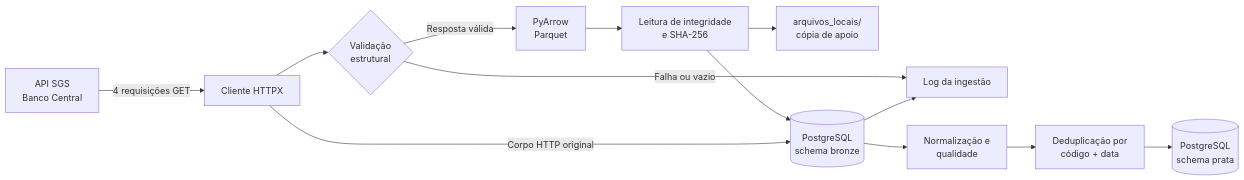
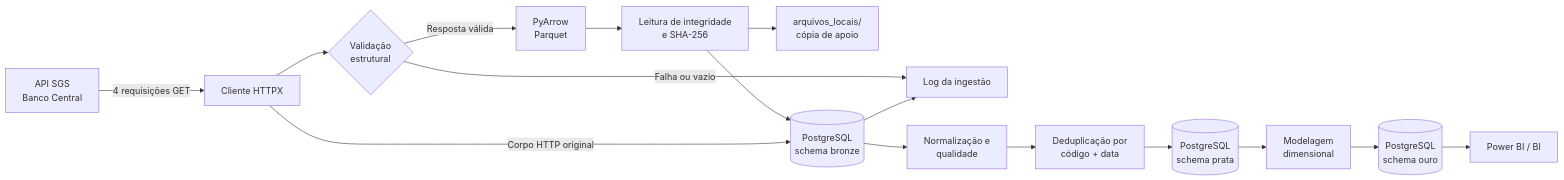
The diagram in README.md (aamartins86/emp_dados_01_desafio_final_pipeline), drawn with Mermaid before and after one commit. The commit also changed other lines of this file and 1 other file, not shown here.

Commit message:
documenta especificacao e execucao da camada ouro

````diff
--- a/README.md
+++ b/README.md
@@ -63,15 +64,18 @@
 ```mermaid
 flowchart LR
     A[API SGS<br/>Banco Central] -->|4 requisições GET| B[Cliente HTTPX]
     B --> C{Validação<br/>estrutural}
     C -->|Resposta válida| D[PyArrow<br/>Parquet]
     C -->|Falha ou vazio| H[Log da ingestão]
     D --> E[Leitura de integridade<br/>e SHA-256]
     E --> F[arquivos_locais/<br/>cópia de apoio]
     E --> G[(PostgreSQL<br/>schema bronze)]
     B -->|Corpo HTTP original| G
     G --> H
     G --> I[Normalização e<br/>qualidade]
     I --> J[Deduplicação por<br/>código + data]
     J --> K[(PostgreSQL<br/>schema prata)]
+    K --> L[Modelagem<br/>dimensional]
+    L --> M[(PostgreSQL<br/>schema ouro)]
+    M --> N[Power BI / BI]
 ```
````
